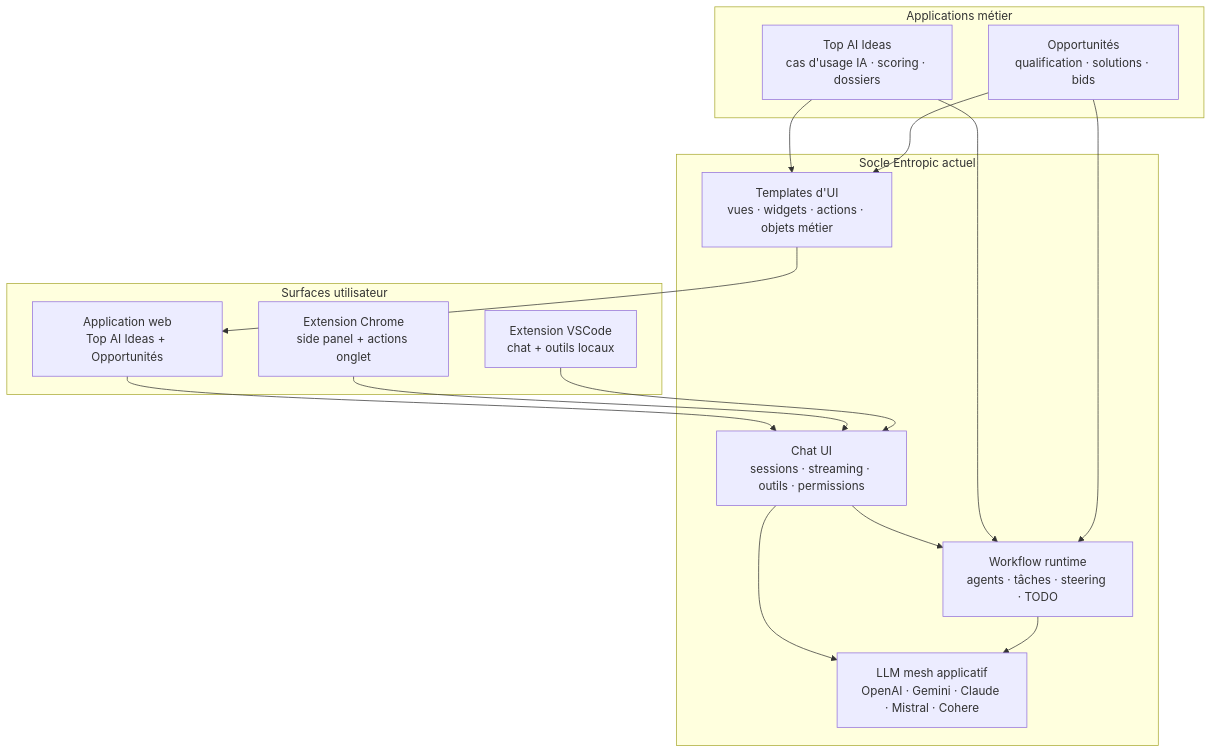
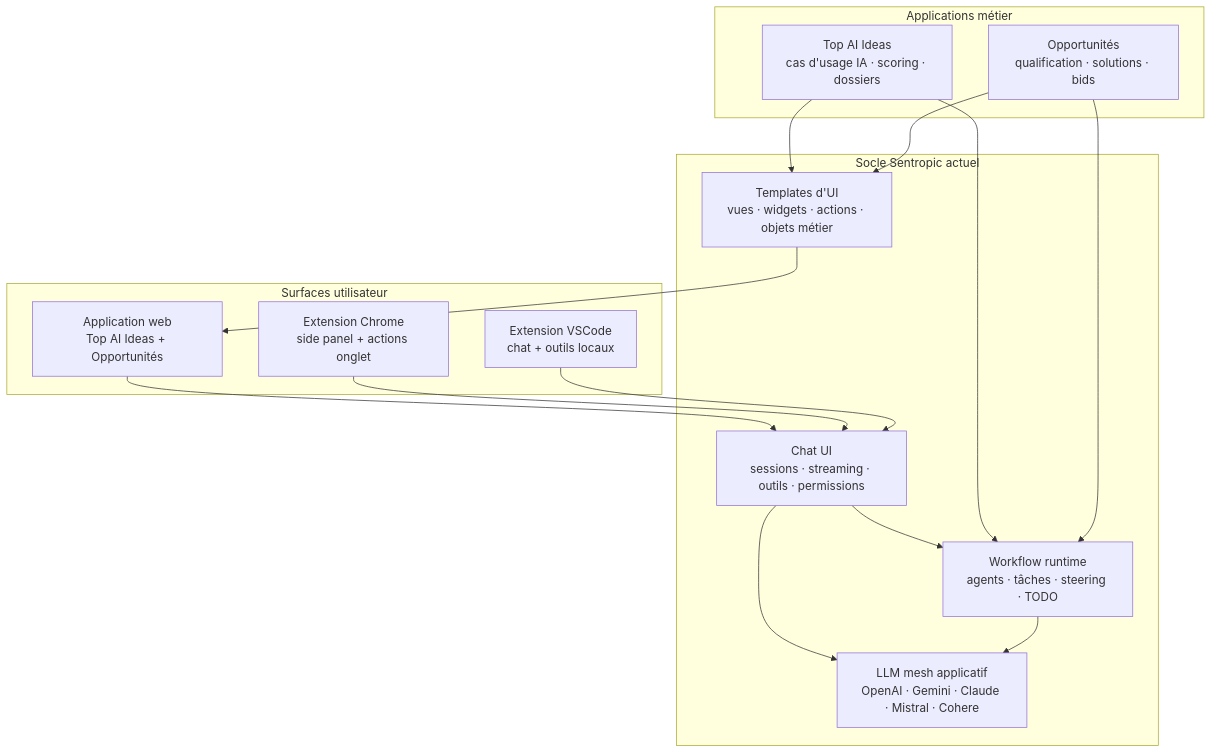
The first of 2 diagrams in README.fr.md (rhanka/sentropic), drawn with Mermaid before and after one commit. The commit also changed other lines of this file and 622 other files, not shown here.

````diff
--- a/README.fr.md
+++ b/README.fr.md
@@ -86,34 +86,34 @@
 ```mermaid
 flowchart TB
     subgraph Surfaces["Surfaces utilisateur"]
         Web["Application web<br/>Top AI Ideas + Opportunités"]
         Chrome["Extension Chrome<br/>side panel + actions onglet"]
         VSCode["Extension VSCode<br/>chat + outils locaux"]
     end
 
-    subgraph Core["Socle Entropic actuel"]
+    subgraph Core["Socle Sentropic actuel"]
         Chat["Chat UI<br/>sessions · streaming · outils · permissions"]
         Workflow["Workflow runtime<br/>agents · tâches · steering · TODO"]
         LLM["LLM mesh applicatif<br/>OpenAI · Gemini · Claude · Mistral · Cohere"]
         Templates["Templates d'UI<br/>vues · widgets · actions · objets métier"]
     end
 
     subgraph Business["Applications métier"]
         Ideas["Top AI Ideas<br/>cas d'usage IA · scoring · dossiers"]
         Opps["Opportunités<br/>qualification · solutions · bids"]
     end
 
     Web --> Chat
     Chrome --> Chat
     VSCode --> Chat
 
     Chat --> Workflow
     Chat --> LLM
     Workflow --> LLM
     Templates --> Web
 
     Ideas --> Templates
     Opps --> Templates
     Ideas --> Workflow
     Opps --> Workflow
 ```
````
